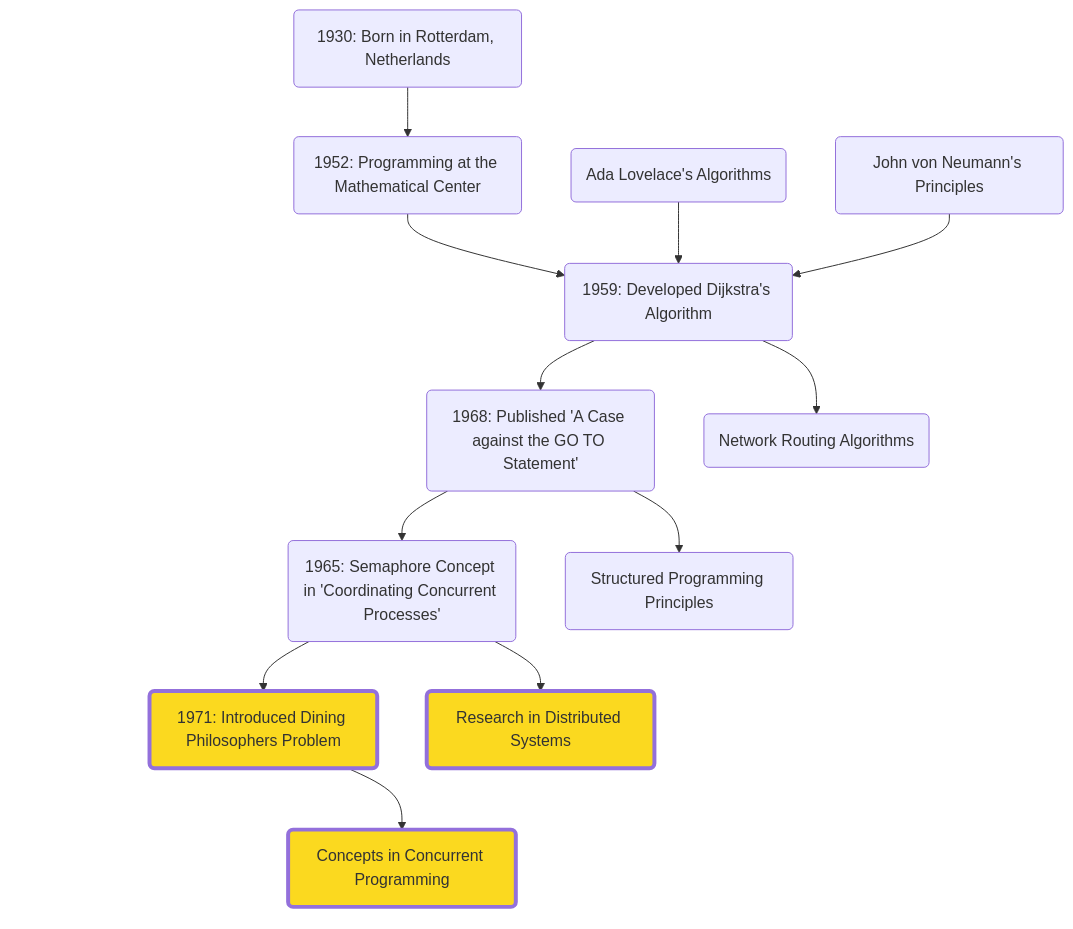
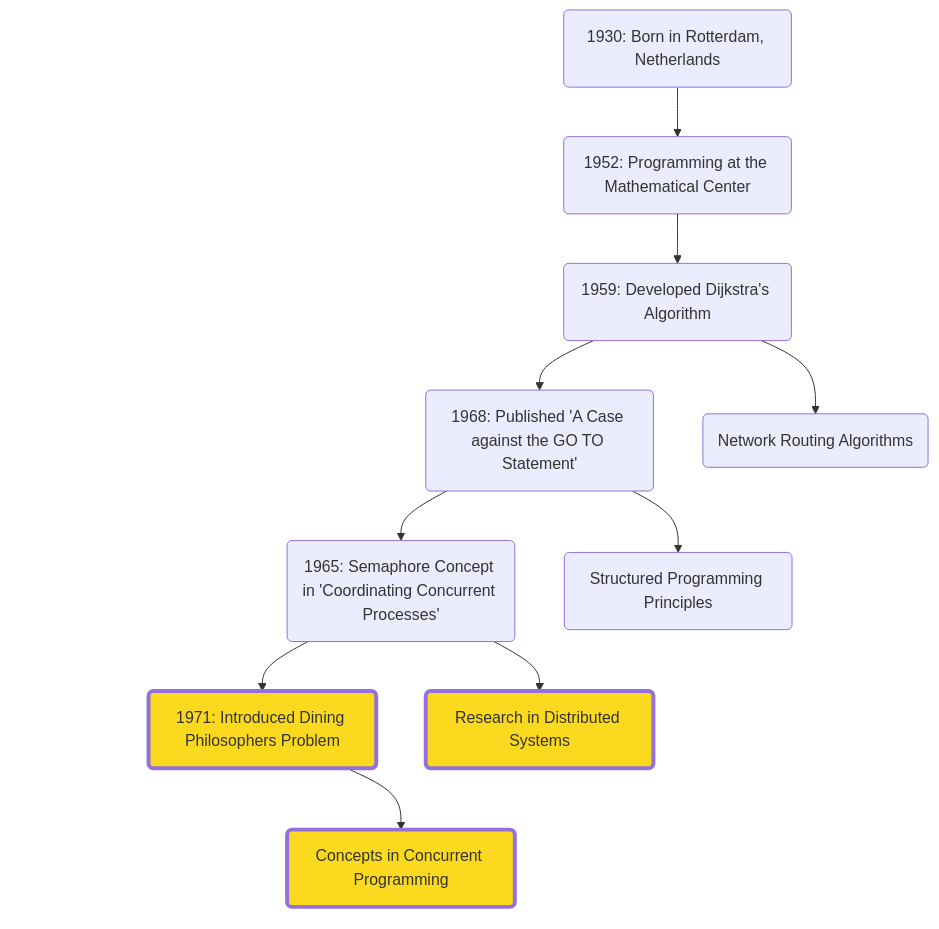
Before and after one commit to Furkanzmc/cppnorth-2024-shoulders-we-stand-on: the third of 5 diagrams in pages/act-2.md, drawn with Mermaid. The commit also changed other lines of this file and 5 other files, not shown here.

````diff
--- a/pages/act-2.md
+++ b/pages/act-2.md
@@ -299,31 +283,27 @@
 ```mermaid {scale: 0.65}
 graph TD
     %% Edsger W. Dijkstra's life
     A(1930: Born in Rotterdam, Netherlands) --> B(1952: Programming at the Mathematical Center)
     B --> C(1959: Developed Dijkstra's Algorithm)
     C --> D(1968: Published 'A Case against the GO TO Statement')
     D --> E(1965: Semaphore Concept in 'Coordinating Concurrent Processes')
     E --> F(1971: Introduced Dining Philosophers Problem)
     F --> G(1984: Turing Award for contributions to programming languages)
-
-    %% Influences on Dijkstra
-    X1(Ada Lovelace's Algorithms) --> C
-    X2(John von Neumann's Principles) --> C
 
     %% Dijkstra's influences on others
     C --> Y1(Network Routing Algorithms)
     D --> Y2(Structured Programming Principles)
     E --> Y3(Research in Distributed Systems)
     F --> Y4(Concepts in Concurrent Programming)
 
     classDef grayout fill:transparent,stroke:transparent,stroke-width:0px,color:transparent;
     classDef highlight fill:#fbd91f,stroke:#33,stroke-width:4px;
 
     class F highlight;
     class Y3 highlight;
     class Y4 highlight;
     
     class G grayout;
 
     linkStyle 5 display:none;
 ```
````
